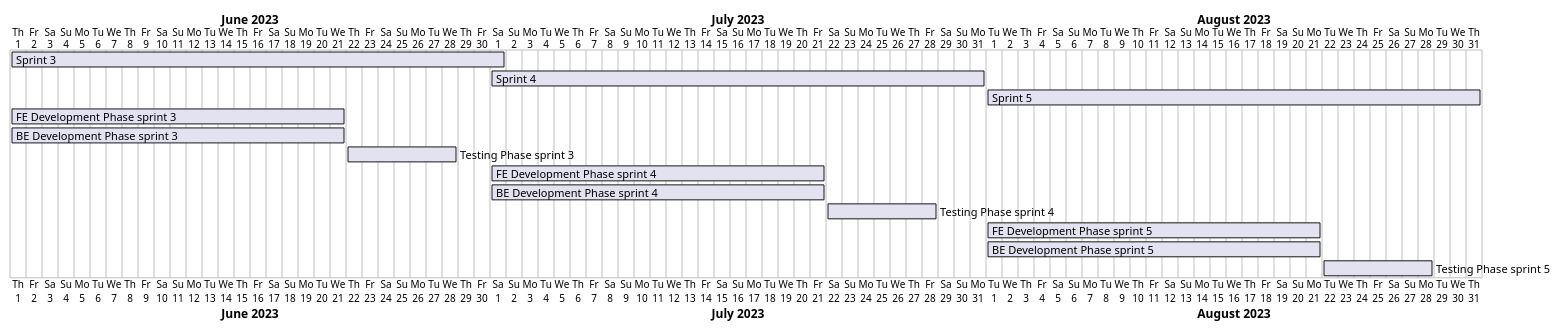
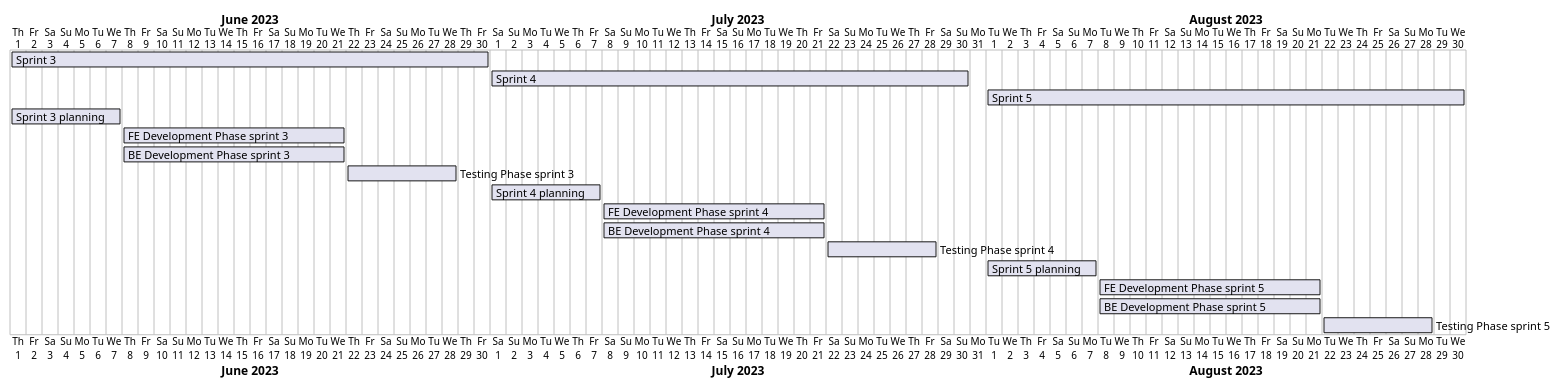
One commit to aldihsuhandi/skripsi-2023 changed the diagram in uml/gantt2.pu. Above: the diagram before and after it, drawn with PlantUML. The commit also changed 4 other files, not shown here.

Commit message:
fix timeline

```diff
--- a/uml/gantt2.pu
+++ b/uml/gantt2.pu
@@ -1,32 +1,39 @@
 @startgantt sprint timeline 2
-[Sprint 3] lasts 31 days
-[Sprint 4] lasts 31 days
-[Sprint 5] lasts 31 days
-[FE Development Phase sprint 3] lasts 21 days 
-[BE Development Phase sprint 3] lasts 21 days
+[Sprint 3] lasts 30 days
+[Sprint 4] lasts 30 days
+[Sprint 5] lasts 30 days
+[Sprint 3 planning] lasts 7 days
+[FE Development Phase sprint 3] lasts 14 days 
+[BE Development Phase sprint 3] lasts 14 days
 [Testing Phase sprint 3] lasts 7 days
 
-[FE Development Phase sprint 4] lasts 21 days 
-[BE Development Phase sprint 4] lasts 21 days
+[Sprint 4 planning] lasts 7 days
+[FE Development Phase sprint 4] lasts 14 days 
+[BE Development Phase sprint 4] lasts 14 days
 [Testing Phase sprint 4] lasts 7 days
 
-[FE Development Phase sprint 5] lasts 21 days 
-[BE Development Phase sprint 5] lasts 21 days
+[Sprint 5 planning] lasts 7 days
+[FE Development Phase sprint 5] lasts 14 days 
+[BE Development Phase sprint 5] lasts 14 days
 [Testing Phase sprint 5] lasts 7 days
 
 Project starts 2023-06-01
 [Sprint 3] starts 2023-06-01
 [Sprint 4] starts 2023-07-01
 [Sprint 5] starts 2023-08-01
-[FE Development Phase sprint 3] starts 2023-06-01 
-[BE Development Phase sprint 3] starts 2023-06-01
+
+[Sprint 3 planning] starts 2023-06-01
+[FE Development Phase sprint 3] starts 2023-06-08 
+[BE Development Phase sprint 3] starts 2023-06-08
 [Testing Phase sprint 3] starts 2023-06-22
 
-[FE Development Phase sprint 4] starts 2023-07-01 
-[BE Development Phase sprint 4] starts 2023-07-01
+[Sprint 4 planning] starts 2023-07-01
+[FE Development Phase sprint 4] starts 2023-07-08 
+[BE Development Phase sprint 4] starts 2023-07-08
 [Testing Phase sprint 4] starts 2023-07-22
 
-[FE Development Phase sprint 5] starts 2023-08-01 
-[BE Development Phase sprint 5] starts 2023-08-01
+[Sprint 5 planning] starts 2023-08-01
+[FE Development Phase sprint 5] starts 2023-08-08 
+[BE Development Phase sprint 5] starts 2023-08-08
 [Testing Phase sprint 5] starts 2023-08-22
 @endgantt
```
